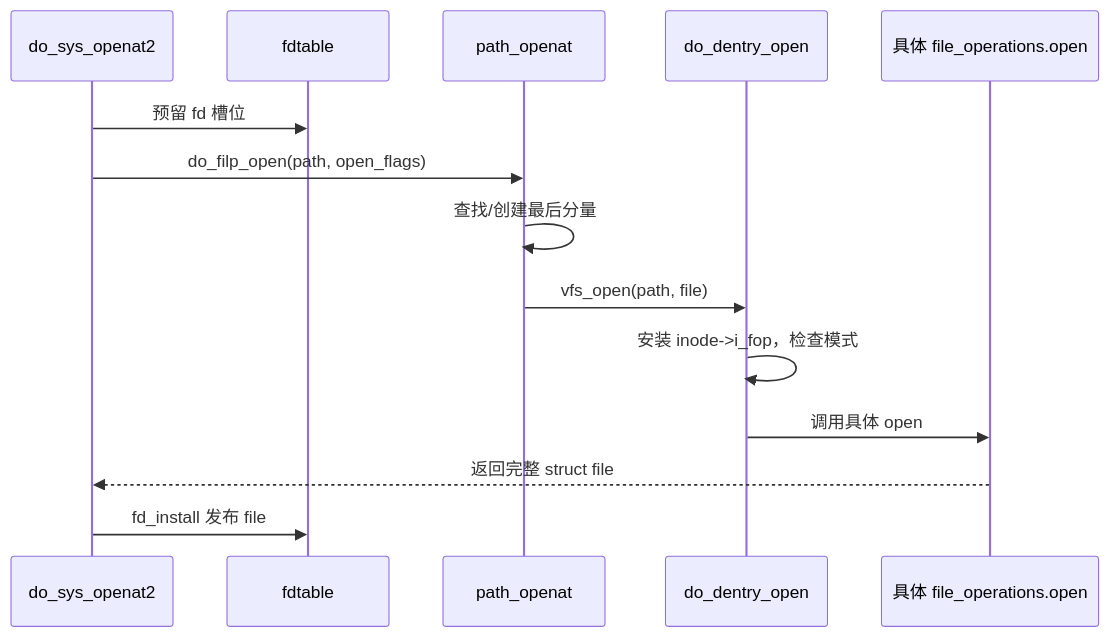
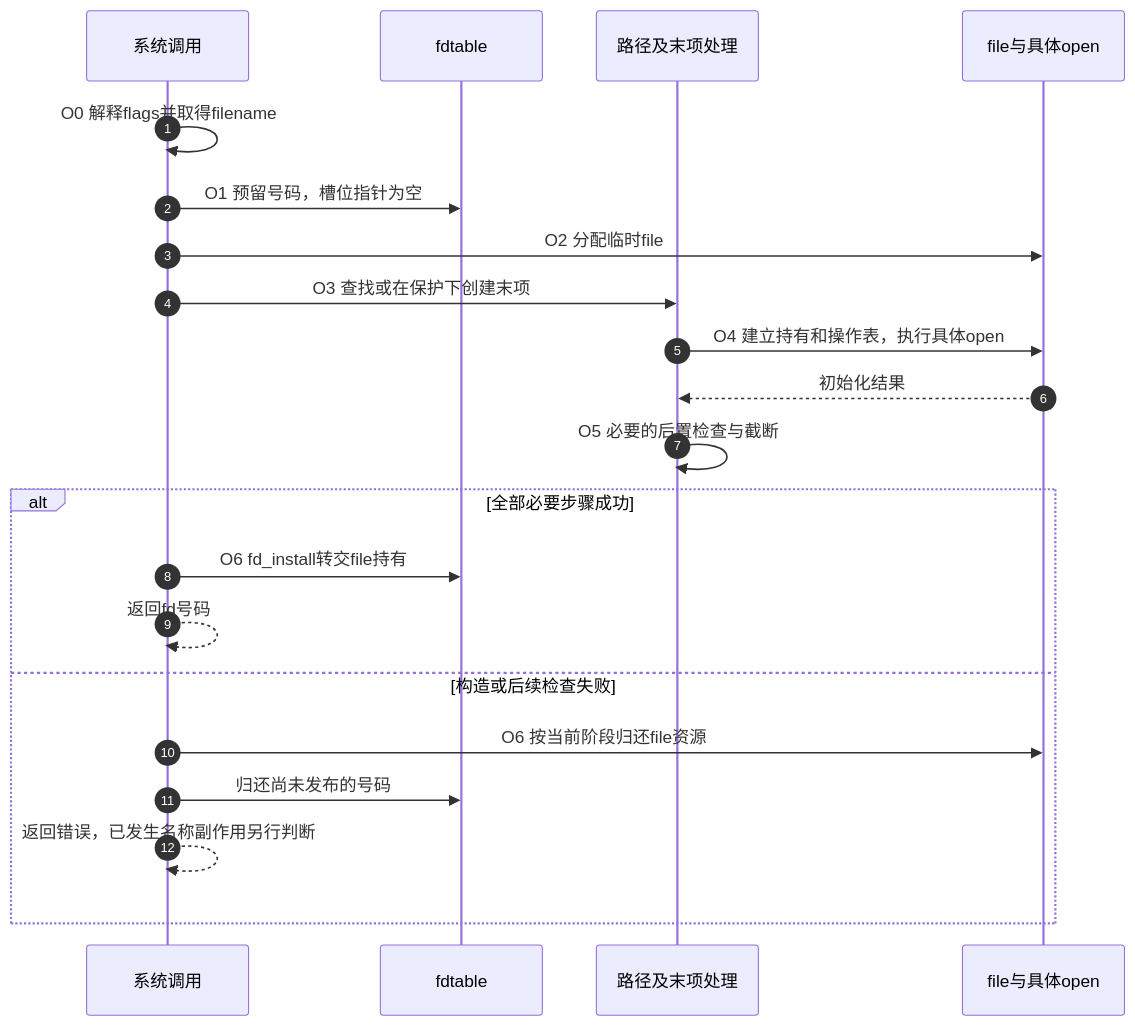
One commit to FormingSystem/linux_note changed the second of 2 diagrams in knowledge/kernel_subsystems/vfs/P12_open状态机.md. Above: the diagram before and after it, drawn with Mermaid. The commit also changed other lines of this file and 14 other files, not shown here.

````diff
--- a/knowledge/kernel_subsystems/vfs/P12_open状态机.md
+++ b/knowledge/kernel_subsystems/vfs/P12_open状态机.md
@@ -15,16 +67,23 @@
 ```mermaid
 sequenceDiagram
-    participant S as do_sys_openat2
+    autonumber
+    participant S as 系统调用
     participant T as fdtable
-    participant N as path_openat
-    participant F as do_dentry_open
-    participant O as 具体 file_operations.open
-    S->>T: 预留 fd 槽位
-    S->>N: do_filp_open(path, open_flags)
-    N->>N: 查找/创建最后分量
-    N->>F: vfs_open(path, file)
-    F->>F: 安装 inode->i_fop，检查模式
-    F->>O: 调用具体 open
-    O-->>S: 返回完整 struct file
-    S->>T: fd_install 发布 file
+    participant P as 路径及末项处理
+    participant F as file与具体open
+    S->>S: O0 解释flags并取得filename
+    S->>T: O1 预留号码，槽位指针为空
+    S->>F: O2 分配临时file
+    S->>P: O3 查找或在保护下创建末项
+    P->>F: O4 建立持有和操作表，执行具体open
+    F-->>P: 初始化结果
+    P->>P: O5 必要的后置检查与截断
+    alt 全部必要步骤成功
+        S->>T: O6 fd_install转交file持有
+        S-->>S: 返回fd号码
+    else 构造或后续检查失败
+        S->>F: O6 按当前阶段归还file资源
+        S->>T: 归还尚未发布的号码
+        S-->>S: 返回错误，已发生名称副作用另行判断
+    end
 ```
````
